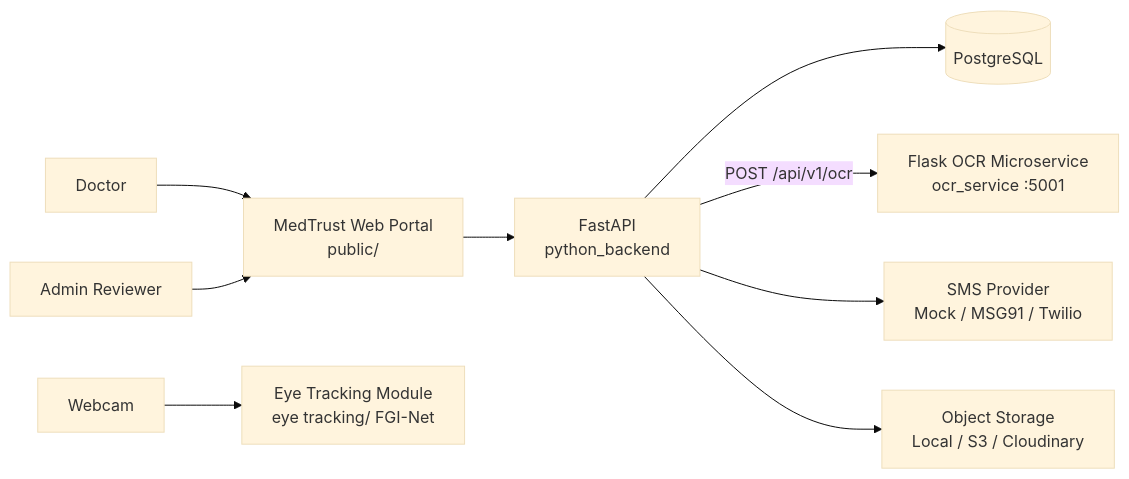
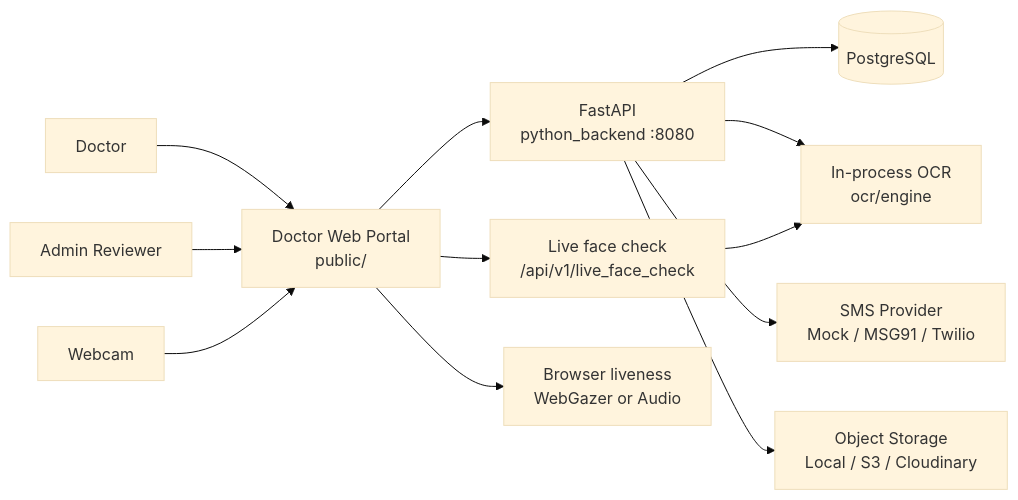
One commit to Saravanan2005real/zudoc-doctor-portal-EKYC changed the first of 12 diagrams in docs/ARCHITECTURE.md. Above: the diagram before and after it, drawn with Mermaid (base theme). The commit also changed other lines of this file and 18 other files, not shown here.

First line of the commit message:
Improve Step 4 liveness and sync architecture docs with in-process OCR.

````diff
--- a/docs/ARCHITECTURE.md
+++ b/docs/ARCHITECTURE.md
@@ -13,22 +13,26 @@
 ```mermaid
 flowchart LR
   Doctor[Doctor]
   Admin[Admin Reviewer]
-  Portal[MedTrust Web Portal<br/>public/]
-  API[FastAPI<br/>python_backend]
+  Portal[Doctor Web Portal<br/>public/]
+  API[FastAPI<br/>python_backend :8080]
   PG[(PostgreSQL)]
-  OCR[Flask OCR Microservice<br/>ocr_service :5001]
-  Eye[Eye Tracking Module<br/>eye tracking/ FGI-Net]
+  OCR[In-process OCR<br/>ocr/engine]
+  Live[Live face check<br/>/api/v1/live_face_check]
+  Eye[Browser liveness<br/>WebGazer or Audio]
   Cam[Webcam]
   SMS[SMS Provider<br/>Mock / MSG91 / Twilio]
   Store[Object Storage<br/>Local / S3 / Cloudinary]
 
   Doctor --> Portal
   Admin --> Portal
   Portal --> API
+  Cam --> Portal
+  Portal --> Eye
+  Portal --> Live
   API --> PG
-  API -->|POST /api/v1/ocr| OCR
+  API --> OCR
+  Live --> OCR
   API --> SMS
   API --> Store
-  Cam --> Eye
 ```
````
